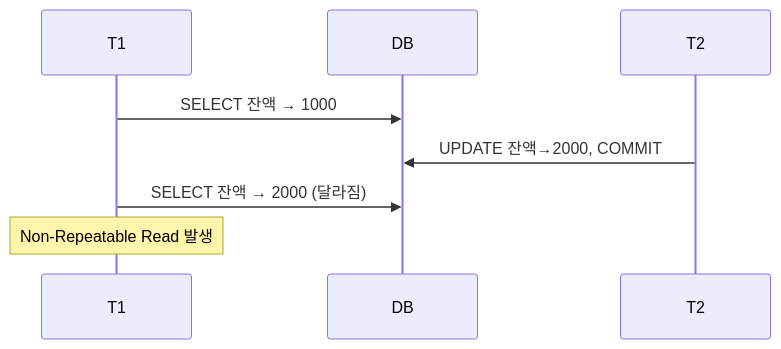
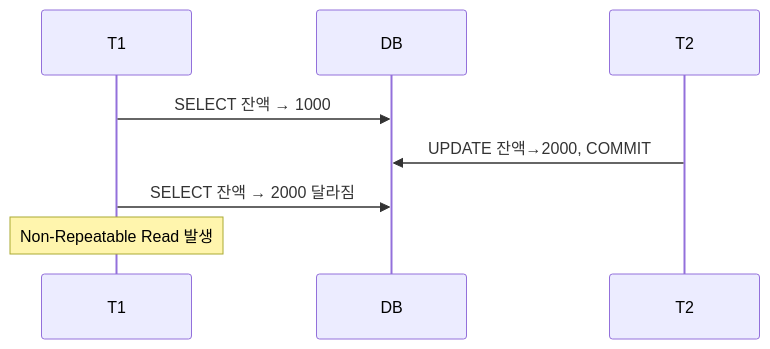
The fourth of 7 diagrams in _posts/db/2026-05-03-db-transaction-isolation.md (yjkim2015/yjkim2015.github.io), drawn with Mermaid before and after one commit. The commit also changed other lines of this file and 85 other files, not shown here.

First line of the commit message:
sequenceDiagram 문법 에러 2차 수정 169개 (86파일)

````diff
--- a/_posts/db/2026-05-03-db-transaction-isolation.md
+++ b/_posts/db/2026-05-03-db-transaction-isolation.md
@@ -130,10 +130,10 @@
 ```mermaid
 sequenceDiagram
     participant T1
     participant DB
     participant T2
     T1->>DB: SELECT 잔액 → 1000
     T2->>DB: UPDATE 잔액→2000, COMMIT
-    T1->>DB: SELECT 잔액 → 2000 (달라짐)
+    T1->>DB: SELECT 잔액 → 2000 달라짐
     Note over T1: Non-Repeatable Read 발생
 ```
````
